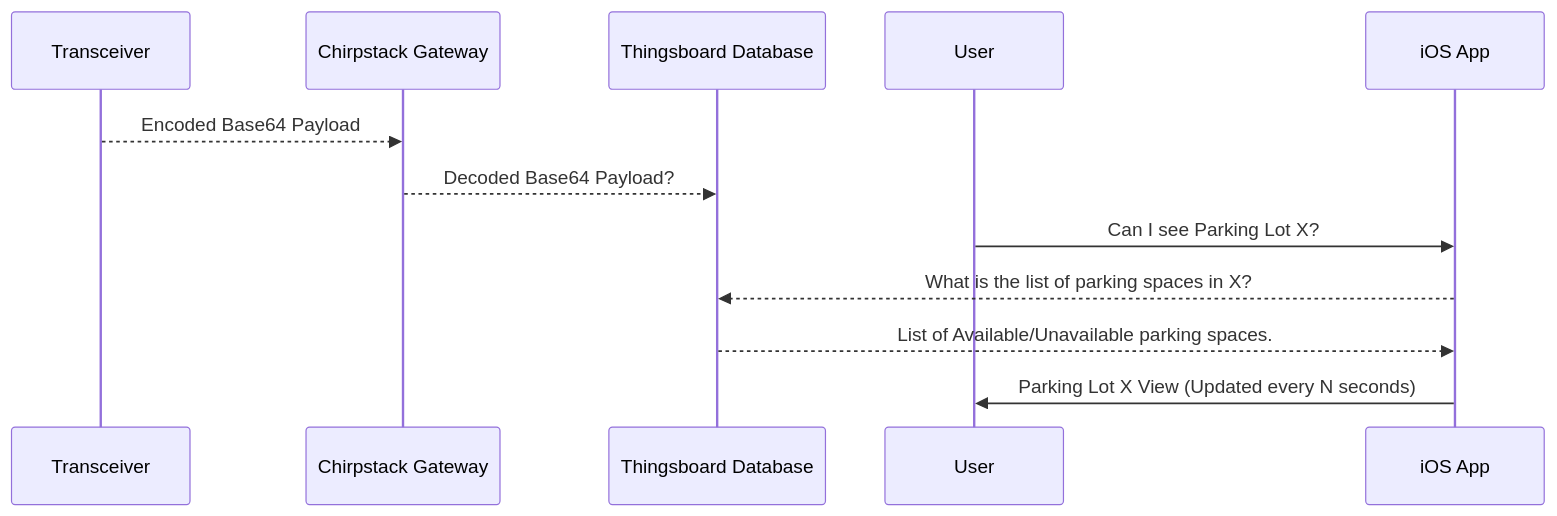
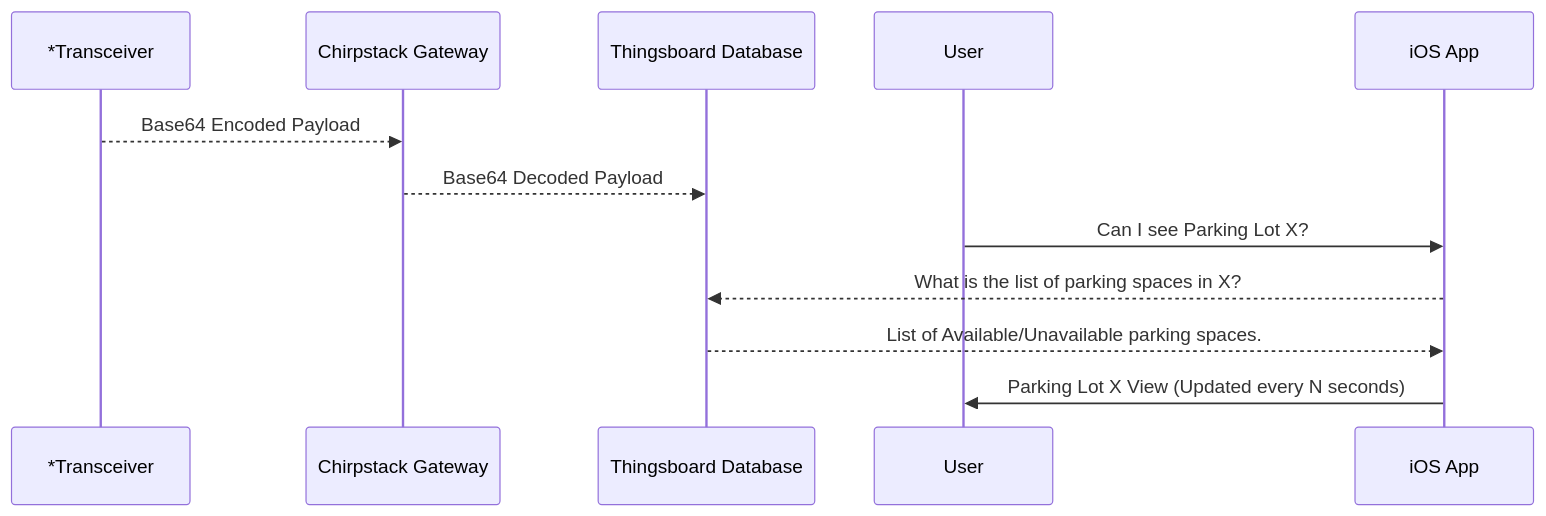
Before and after one commit to wsu-senior-design/smart-park: the diagram in README.md, drawn with Mermaid. The commit also changed other lines of this file, not shown here.

````diff
--- a/README.md
+++ b/README.md
@@ -18,10 +23,10 @@
 ```mermaid
 sequenceDiagram
-Transceiver -->> Chirpstack Gateway: Encoded Base64 Payload
-Chirpstack Gateway-->>Thingsboard Database: Decoded Base64 Payload?
+*Transceiver -->> Chirpstack Gateway: Base64 Encoded Payload
+Chirpstack Gateway-->>Thingsboard Database: Base64 Decoded Payload
 
 User->>iOS App: Can I see Parking Lot X?
 iOS App-->> Thingsboard Database: What is the list of parking spaces in X?
 Thingsboard Database -->> iOS App: List of Available/Unavailable parking spaces.
 iOS App->>User: Parking Lot X View (Updated every N seconds)
 ```
````
